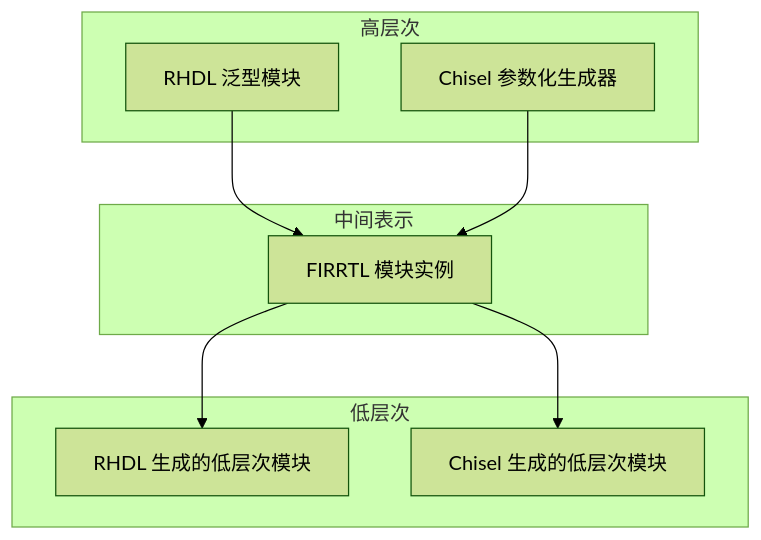
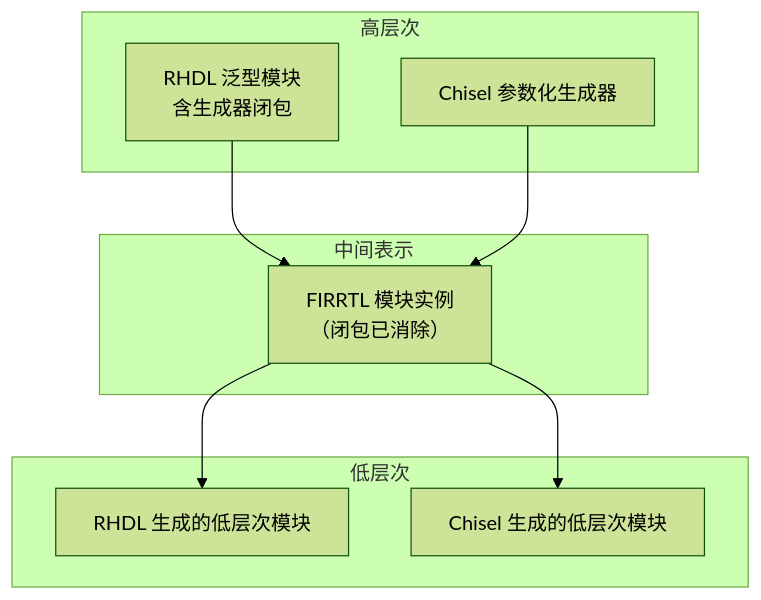
Diagram 16 of 25 in docs/requirements/2. 设计目标.md (TangCan/bitloom), drawn with Mermaid (forest theme) before and after one commit. The commit also changed other lines of this file and 17 other files, not shown here.

````diff
--- a/docs/requirements/2. 设计目标.md
+++ b/docs/requirements/2. 设计目标.md
@@ -337,19 +365,18 @@
 ```mermaid
 flowchart TB
     subgraph 高层次
-        A[RHDL 泛型模块]
+        A[RHDL 泛型模块<br>含生成器闭包]
         B[Chisel 参数化生成器]
     end
     subgraph 中间表示
-        C[FIRRTL 模块实例]
+        C[FIRRTL 模块实例<br>（闭包已消除）]
     end
     subgraph 低层次
         D[RHDL 生成的低层次模块]
         E[Chisel 生成的低层次模块]
     end
     A --> C
     B --> C
     C --> D
     C --> E
-
 ```
````
